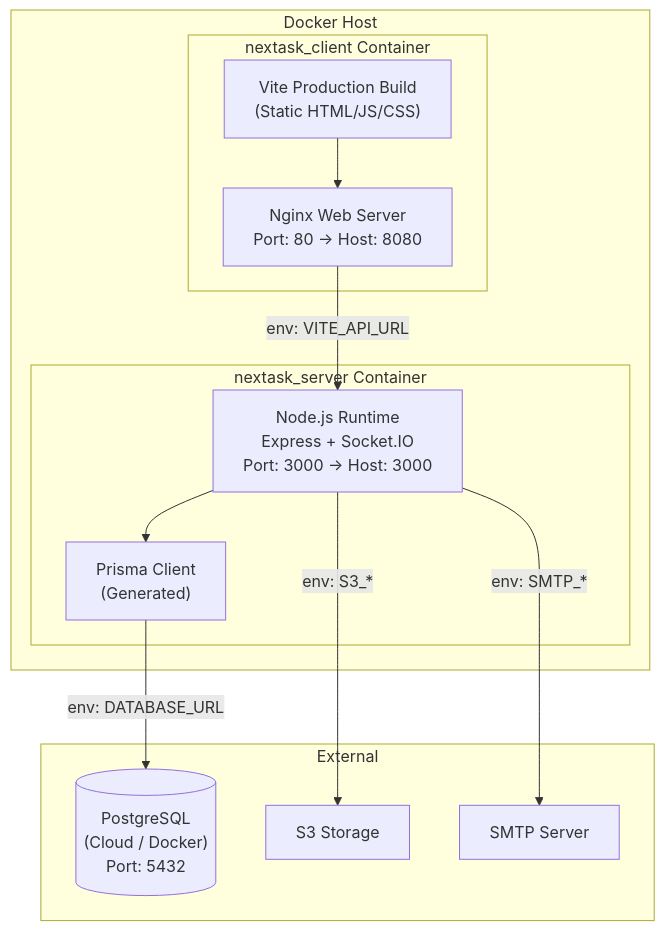
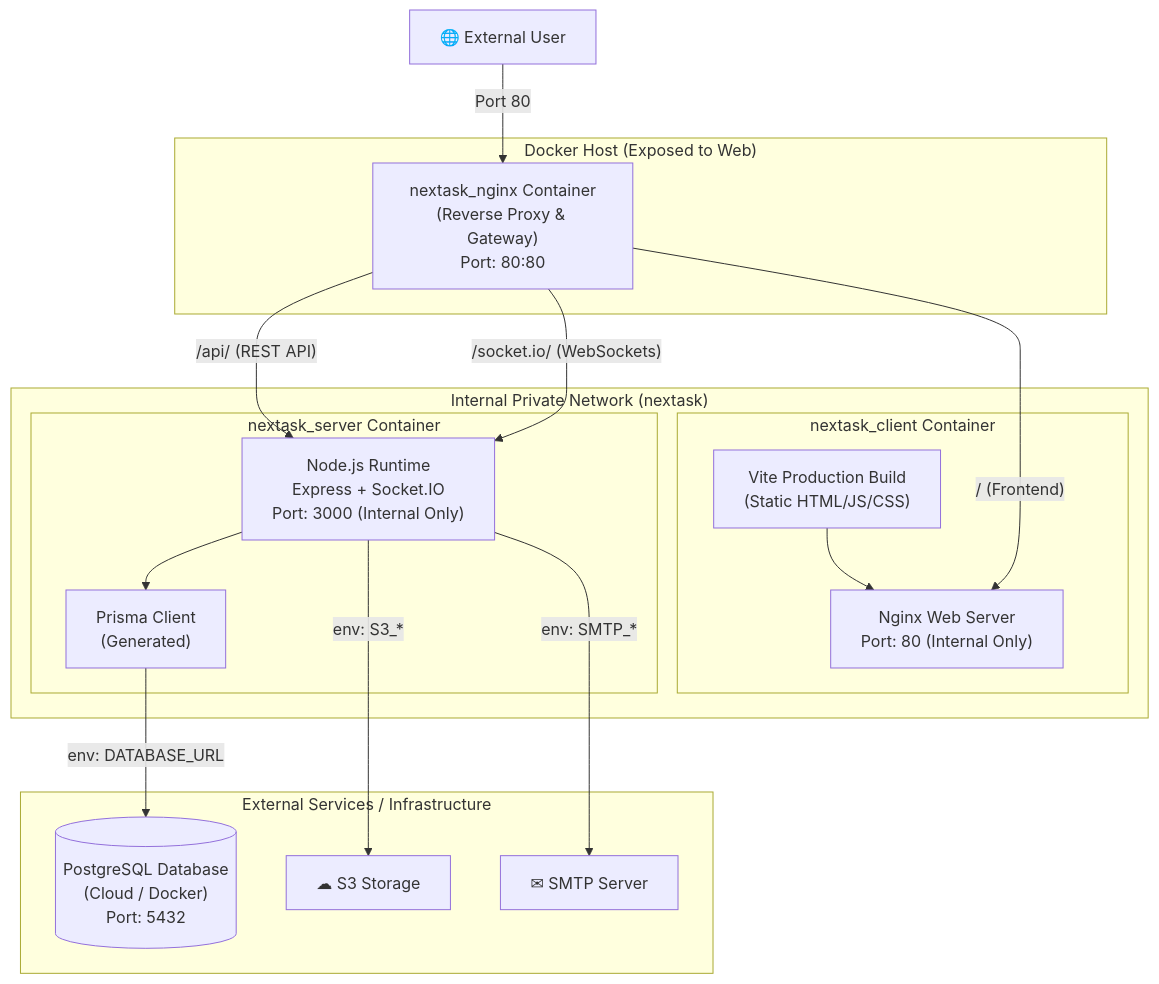
One commit to sivapalanluxsihan/nexTask changed the second of 4 diagrams in docs/deployment-diagram.md. Above: the diagram before and after it, drawn with Mermaid. The commit also changed other lines of this file and 13 other files, not shown here.

````diff
--- a/docs/deployment-diagram.md
+++ b/docs/deployment-diagram.md
@@ -58,28 +58,40 @@
 ```mermaid
 graph TB
-    subgraph "Docker Host"
+    subgraph "Docker Host (Exposed to Web)"
+        Gateway["nextask_nginx Container<br/>(Reverse Proxy & Gateway)<br/>Port: 80:80"]
+    end
+
+    subgraph "Internal Private Network (nextask)"
         subgraph "nextask_client Container"
             ClientBuild["Vite Production Build<br/>(Static HTML/JS/CSS)"]
-            ClientNginx["Nginx Web Server<br/>Port: 80 → Host: 8080"]
+            ClientNginx["Nginx Web Server<br/>Port: 80 (Internal Only)"]
         end
 
         subgraph "nextask_server Container"
-            ServerNode["Node.js Runtime<br/>Express + Socket.IO<br/>Port: 3000 → Host: 3000"]
+            ServerNode["Node.js Runtime<br/>Express + Socket.IO<br/>Port: 3000 (Internal Only)"]
             Prisma["Prisma Client<br/>(Generated)"]
         end
 
         ClientBuild --> ClientNginx
         ServerNode --> Prisma
     end
 
-    subgraph "External"
-        DB[("PostgreSQL<br/>(Cloud / Docker)<br/>Port: 5432")]
-        ExtS3["S3 Storage"]
-        ExtSMTP["SMTP Server"]
+    subgraph "External Services / Infrastructure"
+        DB[("PostgreSQL Database<br/>(Cloud / Docker)<br/>Port: 5432")]
+        ExtS3["☁ S3 Storage"]
+        ExtSMTP["✉ SMTP Server"]
     end
 
-    ClientNginx -->|"env: VITE_API_URL"| ServerNode
+    %% Ingress Traffic
+    User["🌐 External User"] -->|Port 80| Gateway
+
+    %% Gateway Proxy Routing
+    Gateway -->|"/ (Frontend)"| ClientNginx
+    Gateway -->|"/api/ (REST API)"| ServerNode
+    Gateway -->|"/socket.io/ (WebSockets)"| ServerNode
+
+    %% Private Network Communications
     Prisma -->|"env: DATABASE_URL"| DB
     ServerNode -->|"env: S3_*"| ExtS3
     ServerNode -->|"env: SMTP_*"| ExtSMTP
 ```
````
